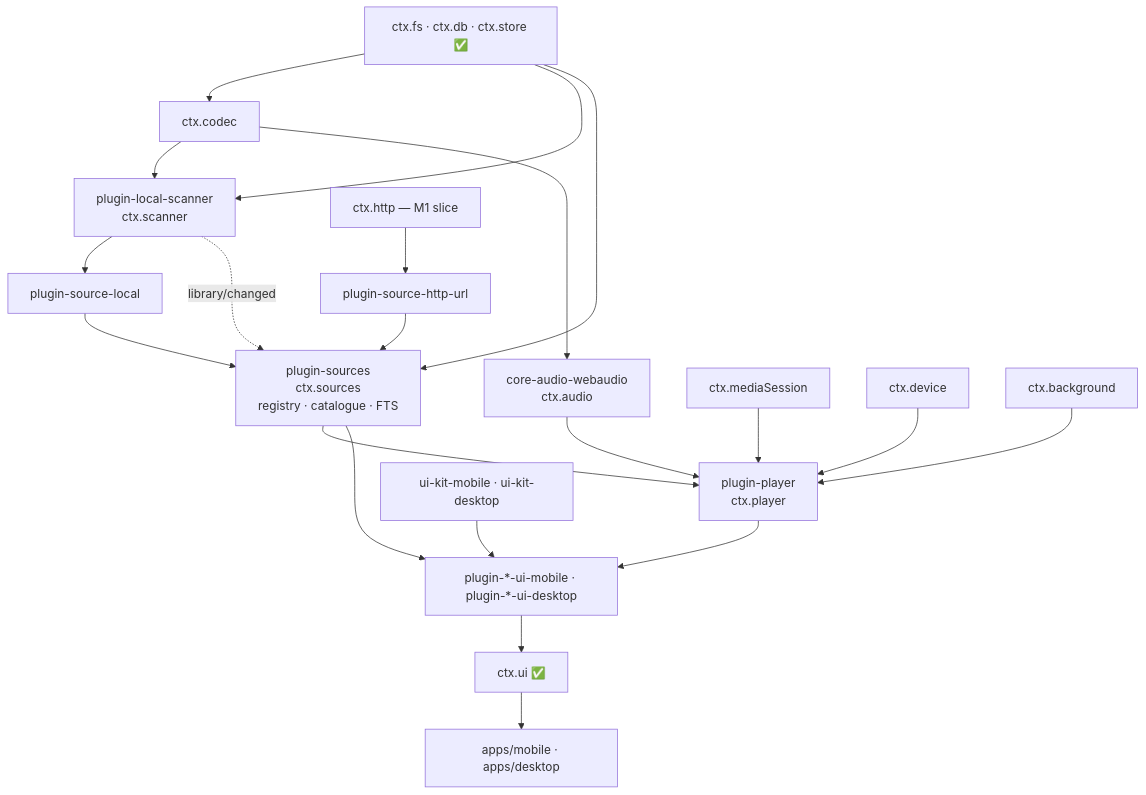
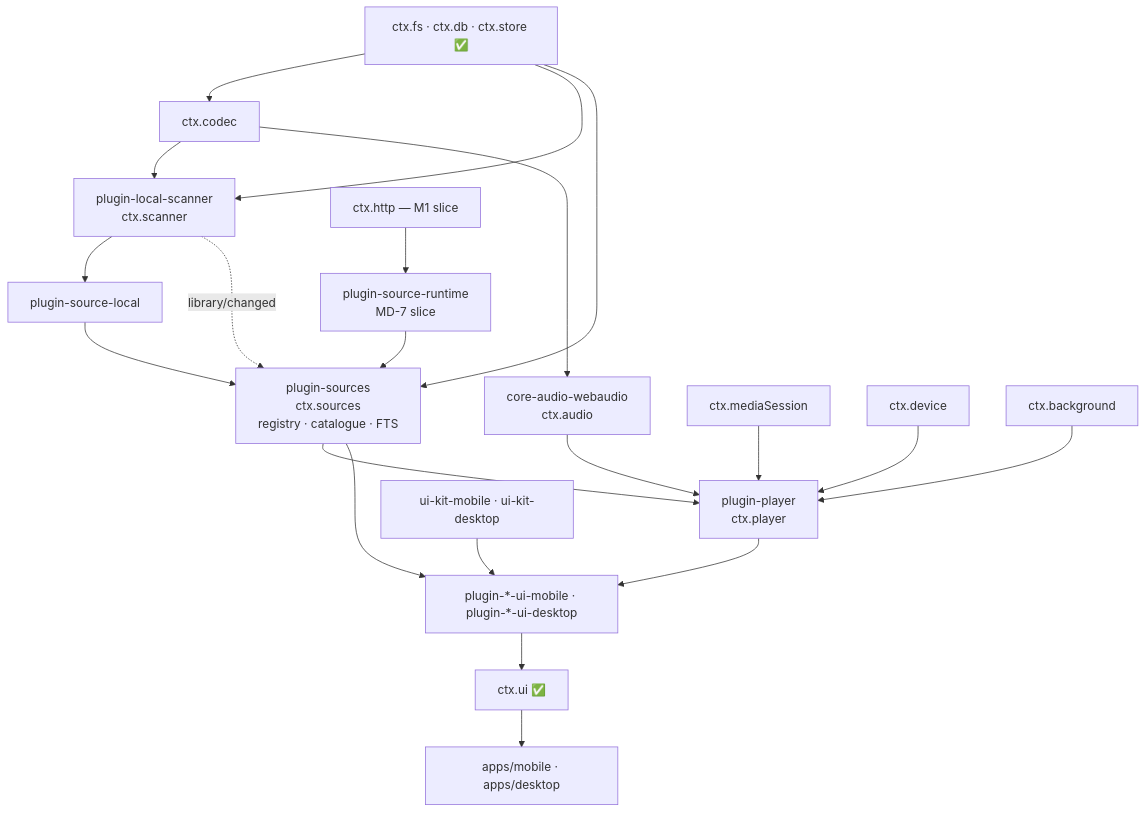
Before and after one commit to BBeBeeX/B_Be_Bee_X: the first of 3 diagrams in docs/11-roadmap-M1.md, drawn with Mermaid. The commit also changed other lines of this file and 11 other files, not shown here.

First line of the commit message:
Refine M1 roadmap and documentation for music sources

````diff
--- a/docs/11-roadmap-M1.md
+++ b/docs/11-roadmap-M1.md
@@ -196,23 +218,23 @@
 ```mermaid
 flowchart TD
     FS["ctx.fs · ctx.db · ctx.store ✅"] --> CODEC["ctx.codec"]
     FS --> SCAN["plugin-local-scanner<br/>ctx.scanner"]
     CODEC --> SCAN
     CODEC --> AUDIO["core-audio-webaudio<br/>ctx.audio"]
     SCAN --> SRCLOCAL["plugin-source-local"]
-    HTTP["ctx.http — M1 slice"] --> SRCURL["plugin-source-http-url"]
+    HTTP["ctx.http — M1 slice"] --> SRCURL["plugin-source-runtime<br/>MD-7 slice"]
     SRCLOCAL --> SOURCES["plugin-sources<br/>ctx.sources<br/>registry · catalogue · FTS"]
     SRCURL --> SOURCES
     FS --> SOURCES
     SCAN -.->|library/changed| SOURCES
     AUDIO --> PLAYER["plugin-player<br/>ctx.player"]
     SOURCES --> PLAYER
     MS["ctx.mediaSession"] --> PLAYER
     DEV["ctx.device"] --> PLAYER
     BG["ctx.background"] --> PLAYER
     PLAYER --> VIEWS["plugin-*-ui-mobile · plugin-*-ui-desktop"]
     SOURCES --> VIEWS
     KIT["ui-kit-mobile · ui-kit-desktop"] --> VIEWS
     VIEWS --> UI["ctx.ui ✅"]
     UI --> SHELL["apps/mobile · apps/desktop"]
 ```
````
